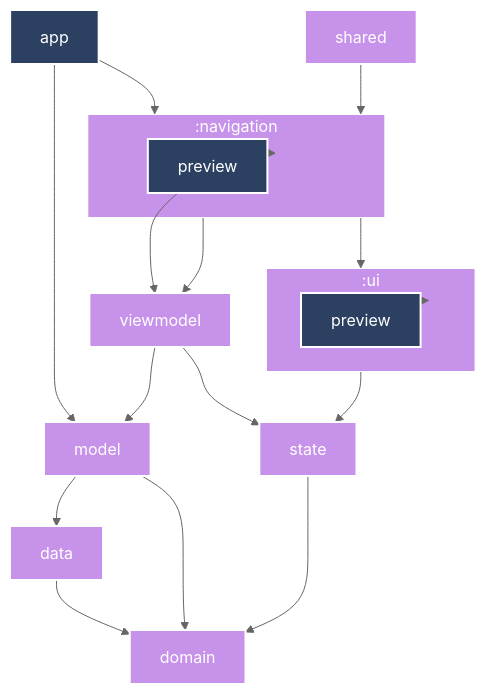
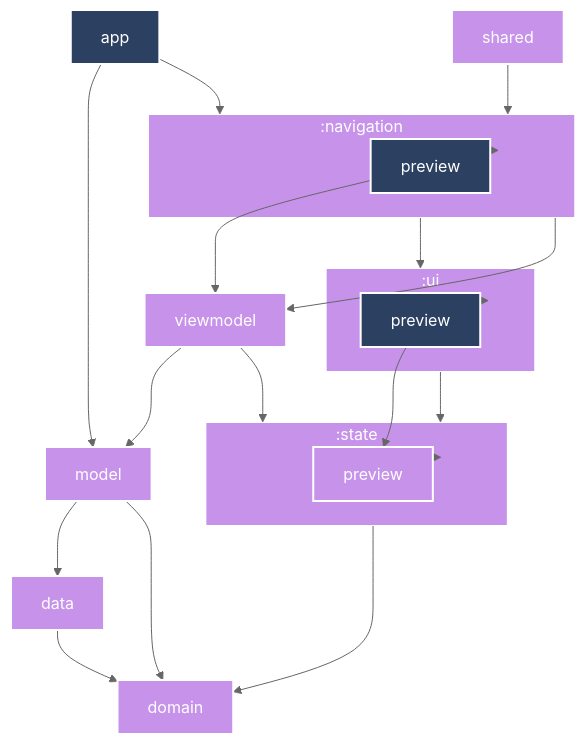
One commit to lulkr/string-notebook changed the diagram in README.md. Above: the diagram before and after it, drawn with Mermaid. The commit also changed 7 other files, not shown here.

````diff
--- a/README.md
+++ b/README.md
@@ -78,54 +78,61 @@
 ```mermaid
 %%{
   init: {
     'theme': 'neutral'
   }
 }%%
 
 graph TB
   :app["app"]
   :data["data"]
   :domain["domain"]
   :model["model"]
   :navigation["navigation"]
   subgraph :navigation
     :navigation:preview["preview"]
   end
   :shared["shared"]
   :state["state"]
+  subgraph :state
+    :state:preview["preview"]
+    :state:preview["preview"]
+  end
   :ui["ui"]
   subgraph :ui
     :ui:preview["preview"]
   end
   :viewmodel["viewmodel"]
 
   :app --> :model
   :app --> :navigation
   :data --> :domain
   :model --> :data
   :model --> :domain
   :navigation --> :ui
   :navigation --> :viewmodel
   :navigation:preview --> :navigation
   :navigation:preview --> :viewmodel
   :shared --> :navigation
   :state --> :domain
+  :state:preview --> :state
   :ui --> :state
+  :ui:preview --> :state:preview
   :ui:preview --> :ui
   :viewmodel --> :model
   :viewmodel --> :state
 
 classDef android-application fill:#2C4162,stroke:#fff,stroke-width:2px,color:#fff;
 classDef kotlin-multiplatform fill:#C792EA,stroke:#fff,stroke-width:2px,color:#fff;
 class :app android-application
 class :data kotlin-multiplatform
 class :domain kotlin-multiplatform
 class :model kotlin-multiplatform
 class :navigation kotlin-multiplatform
 class :navigation:preview android-application
 class :shared kotlin-multiplatform
 class :state kotlin-multiplatform
+class :state:preview kotlin-multiplatform
 class :ui kotlin-multiplatform
 class :ui:preview android-application
 class :viewmodel kotlin-multiplatform
 ```
````
